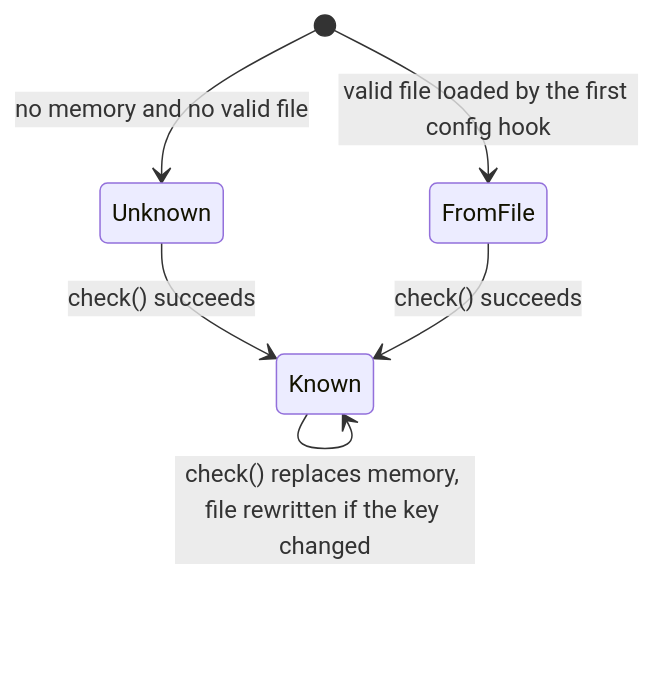
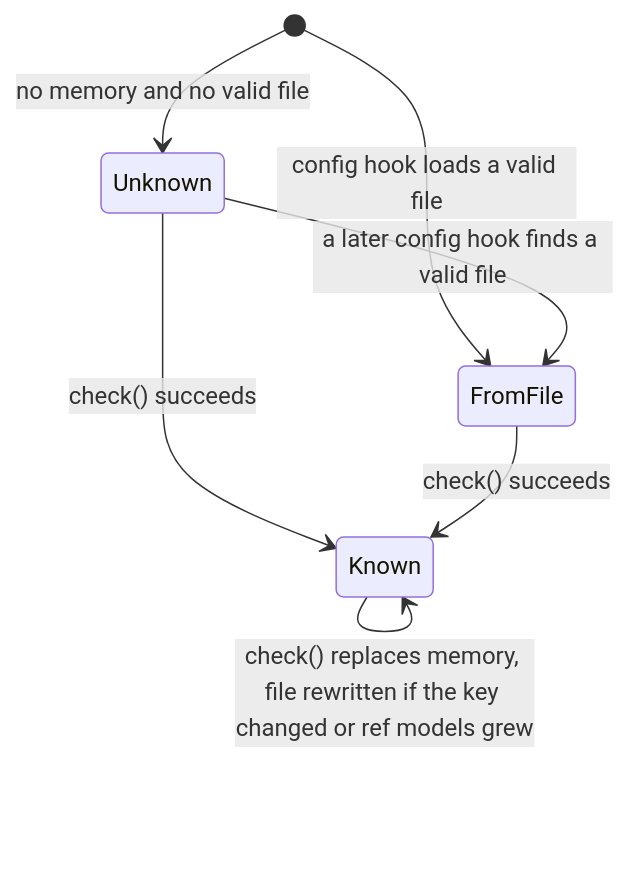
The second of 5 diagrams in docs/state-machines.md (lunchbox-labs/model-profiles-plugin), drawn with Mermaid before and after one commit. The commit also changed other lines of this file, not shown here.

````diff
--- a/docs/state-machines.md
+++ b/docs/state-machines.md
@@ -53,8 +52,9 @@
 ```mermaid
 stateDiagram-v2
     [*] --> Unknown: no memory and no valid file
-    [*] --> FromFile: valid file loaded by the first config hook
+    [*] --> FromFile: config hook loads a valid file
+    Unknown --> FromFile: a later config hook finds a valid file
     Unknown --> Known: check() succeeds
     FromFile --> Known: check() succeeds
-    Known --> Known: check() replaces memory, file rewritten if the key changed
+    Known --> Known: check() replaces memory, file rewritten if the key changed or ref models grew
 ```
````
